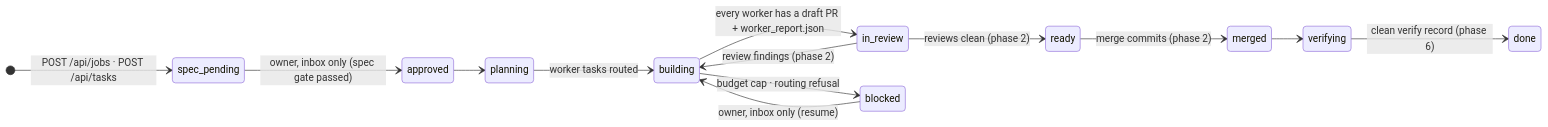
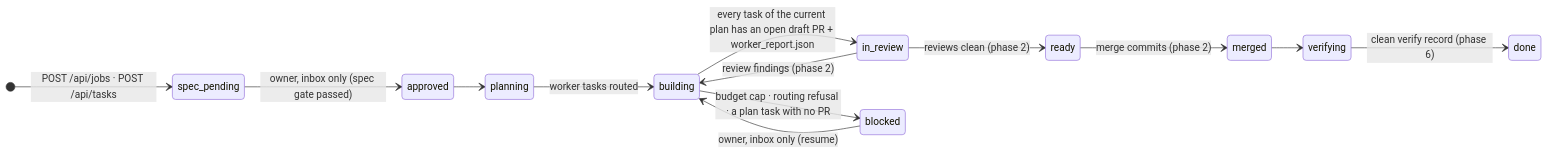
One commit to alienvisitor8675-bit/vigil changed the second of 3 diagrams in docs/architecture.md. Above: the diagram before and after it, drawn with Mermaid. The commit also changed other lines of this file and 11 other files, not shown here.

First line of the commit message:
fix: plan gate refuses reused task IDs; in_review only with every task's PR open (#25)

````diff
--- a/docs/architecture.md
+++ b/docs/architecture.md
@@ -192,16 +193,16 @@
 ```mermaid
 stateDiagram-v2
   direction LR
   [*] --> spec_pending: POST /api/jobs · POST /api/tasks
   spec_pending --> approved: owner, inbox only (spec gate passed)
   approved --> planning
   planning --> building: worker tasks routed
-  building --> in_review: every worker has a draft PR + worker_report.json
+  building --> in_review: every task of the current plan has an open draft PR + worker_report.json
   in_review --> building: review findings (phase 2)
   in_review --> ready: reviews clean (phase 2)
   ready --> merged: merge commits (phase 2)
   merged --> verifying
   verifying --> done: clean verify record (phase 6)
-  building --> blocked: budget cap · routing refusal
+  building --> blocked: budget cap · routing refusal · a plan task with no PR
   blocked --> building: owner, inbox only (resume)
 ```
````
